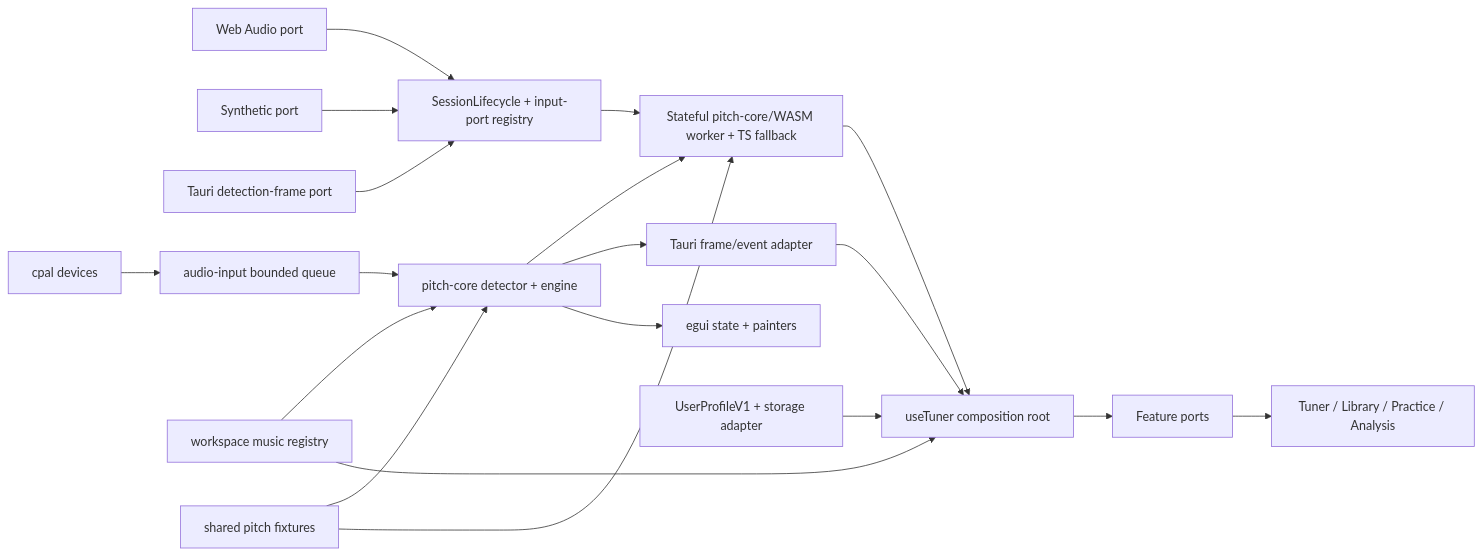
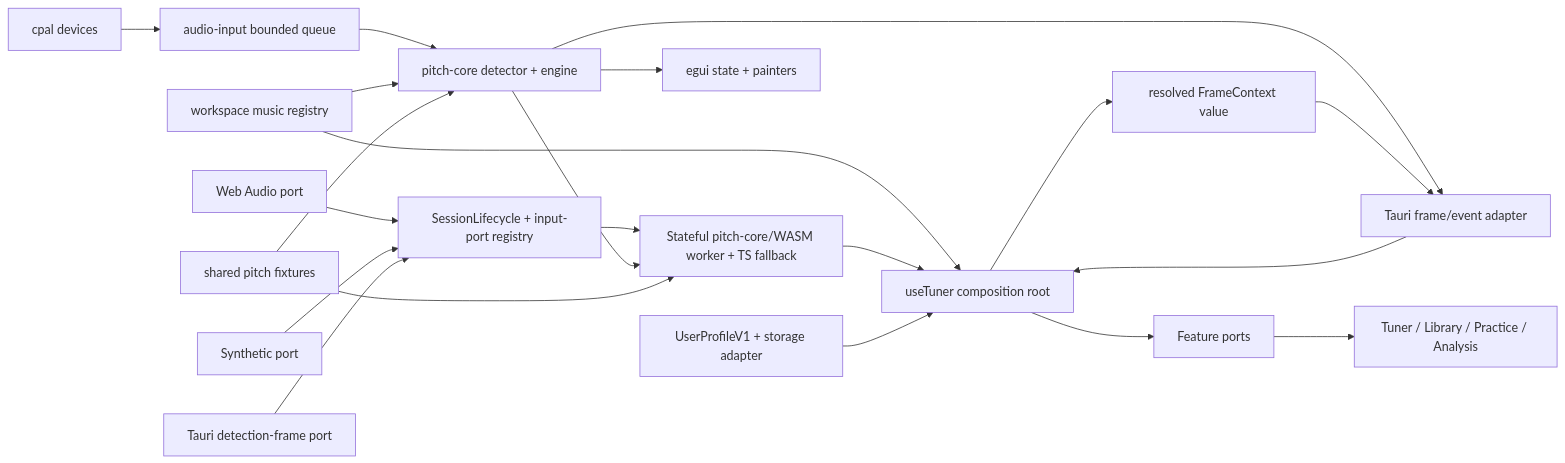
One commit to themoretheless/tuner changed the diagram in ARCHITECTURE.md. Above: the diagram before and after it, drawn with Mermaid. The commit also changed other lines of this file and 5 other files, not shown here.

Commit message:
Synchronize architecture after native frame convergence

````diff
--- a/ARCHITECTURE.md
+++ b/ARCHITECTURE.md
@@ -37,21 +37,23 @@
 ```mermaid
 flowchart LR
   WebMic["Web Audio port"] --> WebSession["SessionLifecycle + input-port registry"]
   Synthetic["Synthetic port"] --> WebSession
   NativePort["Tauri detection-frame port"] --> WebSession
   WebSession --> WasmWorker["Stateful pitch-core/WASM worker + TS fallback"]
   Cpal["cpal devices"] --> AudioInput["audio-input bounded queue"]
   AudioInput --> Core["pitch-core detector + engine"]
   Core --> WasmWorker
   Core --> Tauri["Tauri frame/event adapter"]
   Core --> Egui["egui state + painters"]
   Registry["workspace music registry"] --> Core
   Registry --> Composition
   Fixtures["shared pitch fixtures"] --> Core
   Fixtures --> WasmWorker
   WasmWorker --> Composition["useTuner composition root"]
   Tauri --> Composition
+  Composition --> FrameContext["resolved FrameContext value"]
+  FrameContext --> Tauri
   Profile["UserProfileV1 + storage adapter"] --> Composition
   Composition --> Ports["Feature ports"]
   Ports --> Views["Tuner / Library / Practice / Analysis"]
 ```
````
